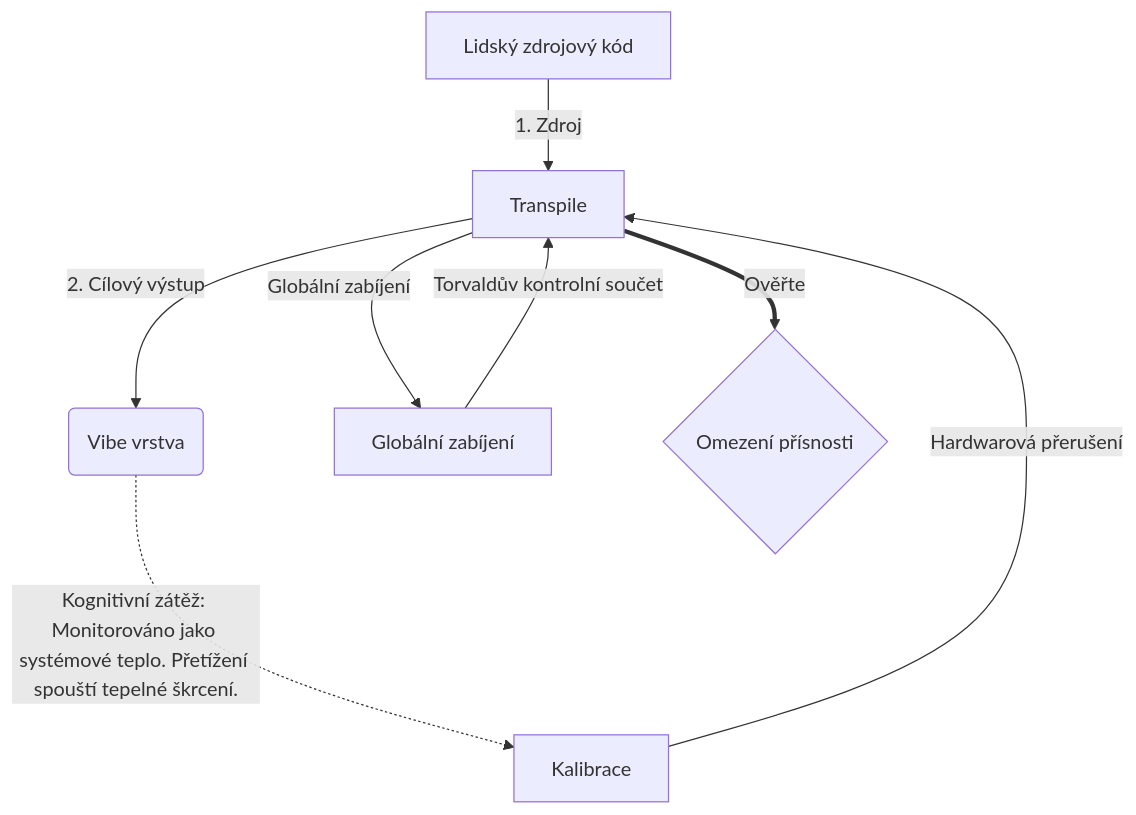
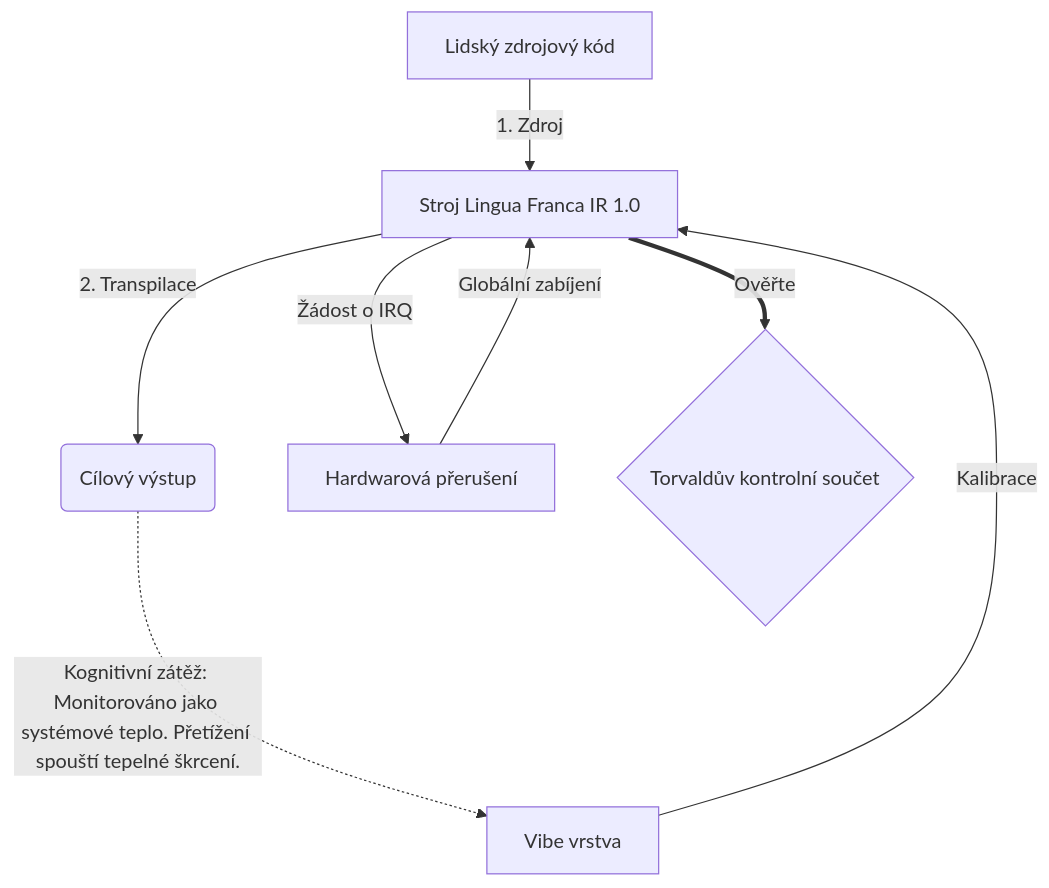
The diagram in README.hacker.cs.md (0compute/machine), drawn with Mermaid before and after one commit. The commit also changed other lines of this file and 103 other files, not shown here.

````diff
--- a/README.hacker.cs.md
+++ b/README.hacker.cs.md
@@ -93,10 +93,10 @@
 ```mermaid
 graph TD
-    A[Lidský zdrojový kód] -->|1. Zdroj| B[Transpile]
-    B -->|2. Cílový výstup| C(Vibe vrstva)
-    C -.->|Kognitivní zátěž: Monitorováno jako systémové teplo. Přetížení spouští tepelné škrcení.| G[Kalibrace]
-    G -->|Hardwarová přerušení| B
-    B -->|Globální zabíjení| H[Globální zabíjení]
-    H -->|Torvaldův kontrolní součet| B
-    B == Ověřte ==> I{Omezení přísnosti}
+    A[Lidský zdrojový kód] -->|1. Zdroj| B[Stroj Lingua Franca IR 1.0]
+    B -->|2. Transpilace| C(Cílový výstup)
+    C -.->|Kognitivní zátěž: Monitorováno jako systémové teplo. Přetížení spouští tepelné škrcení.| G[Vibe vrstva]
+    G -->|Kalibrace| B
+    B -->|Žádost o IRQ| H[Hardwarová přerušení]
+    H -->|Globální zabíjení| B
+    B == Ověřte ==> I{Torvaldův kontrolní součet}
 ```
````
